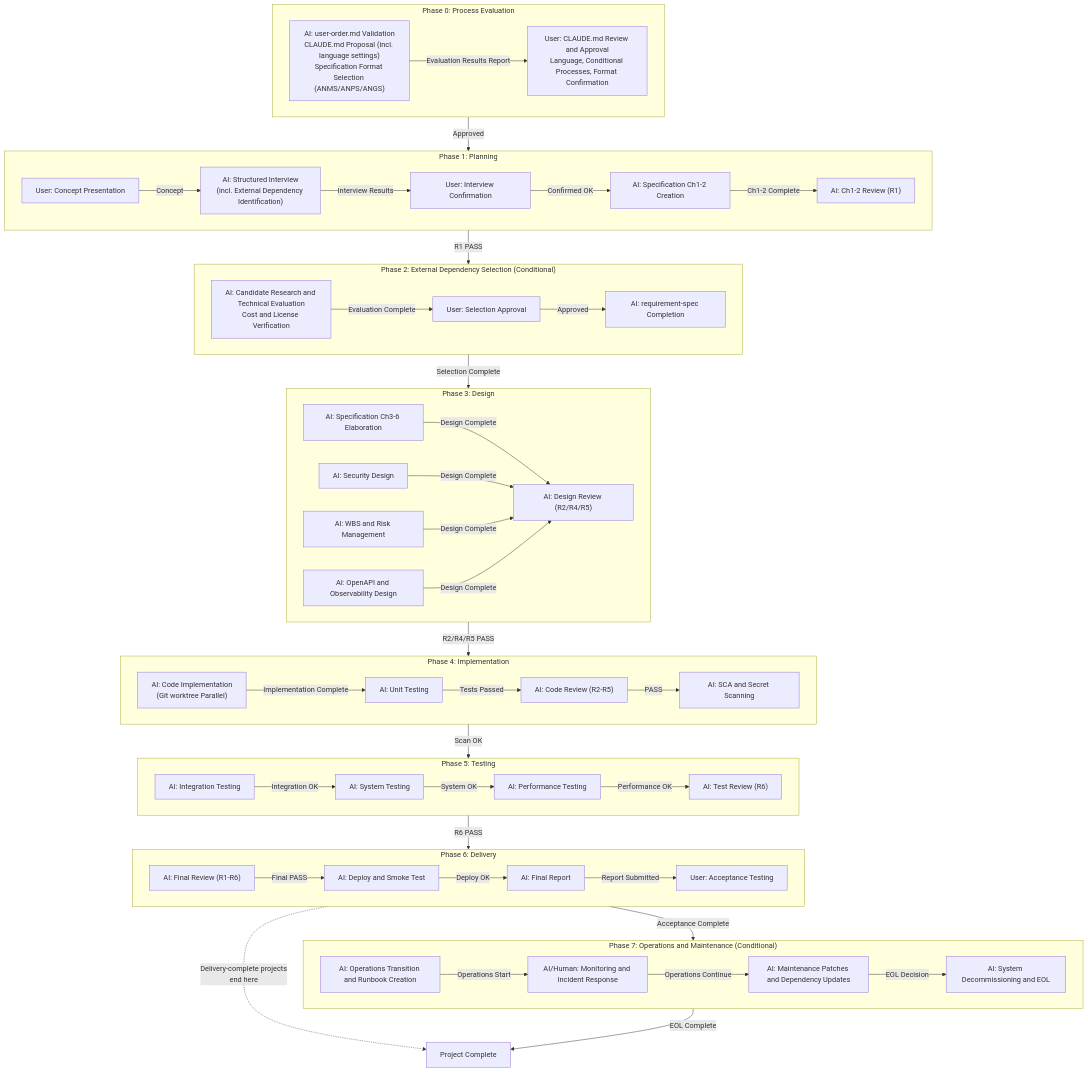
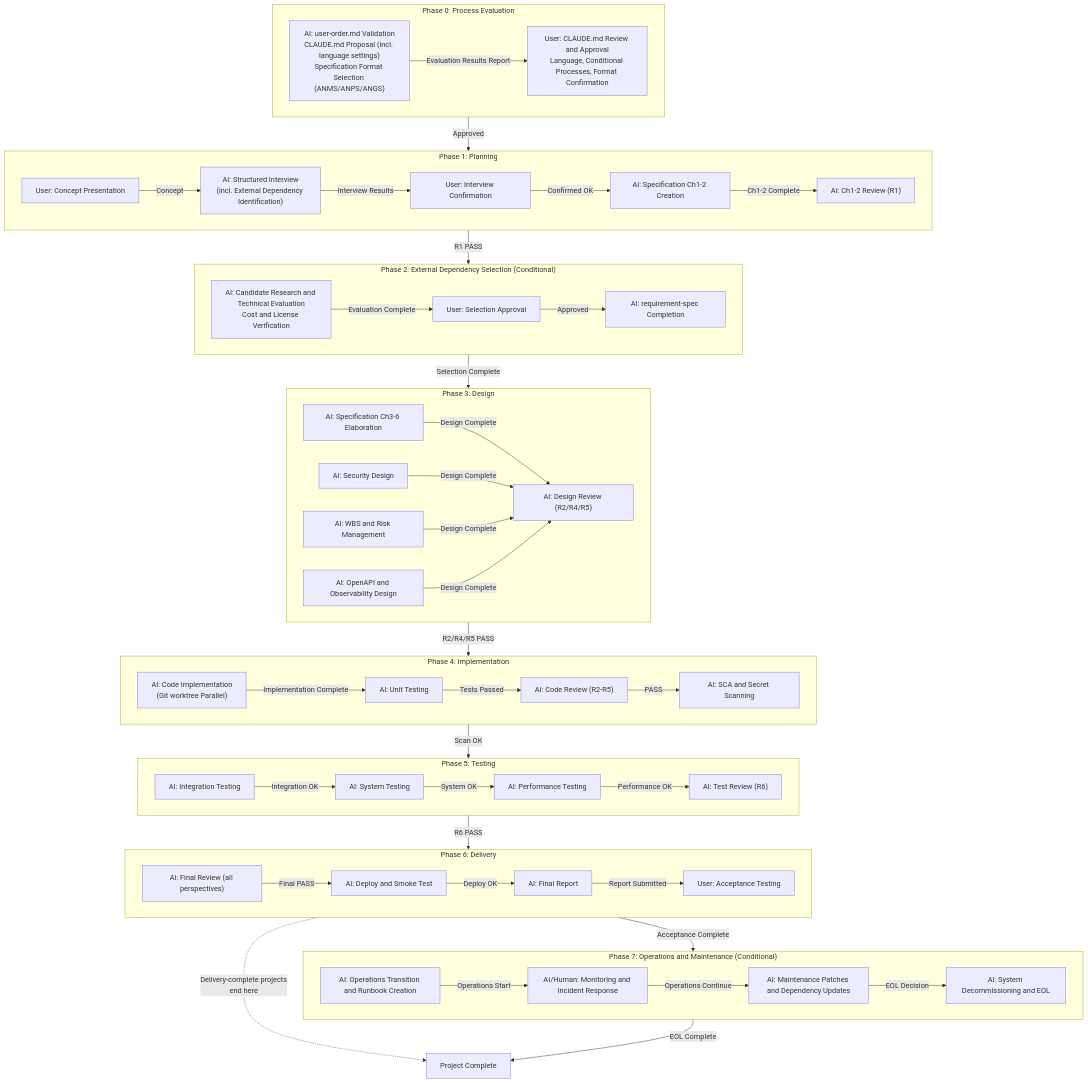
Before and after one commit to GoodRelax/gr-sw-maker: the second of 12 diagrams in process-rules/full-auto-dev-process-rules-en.md, drawn with Mermaid. The commit also changed other lines of this file and 23 other files, not shown here.

```diff
--- a/process-rules/full-auto-dev-process-rules-en.md
+++ b/process-rules/full-auto-dev-process-rules-en.md
@@ -304,7 +304,7 @@
     end
 
     subgraph Phase6["Phase 6: Delivery"]
-        P6A["AI: Final Review (R1-R6)"]
+        P6A["AI: Final Review (all perspectives)"]
         P6B["AI: Deploy and Smoke Test"]
         P6C["AI: Final Report"]
         P6D["User: Acceptance Testing"]
```
